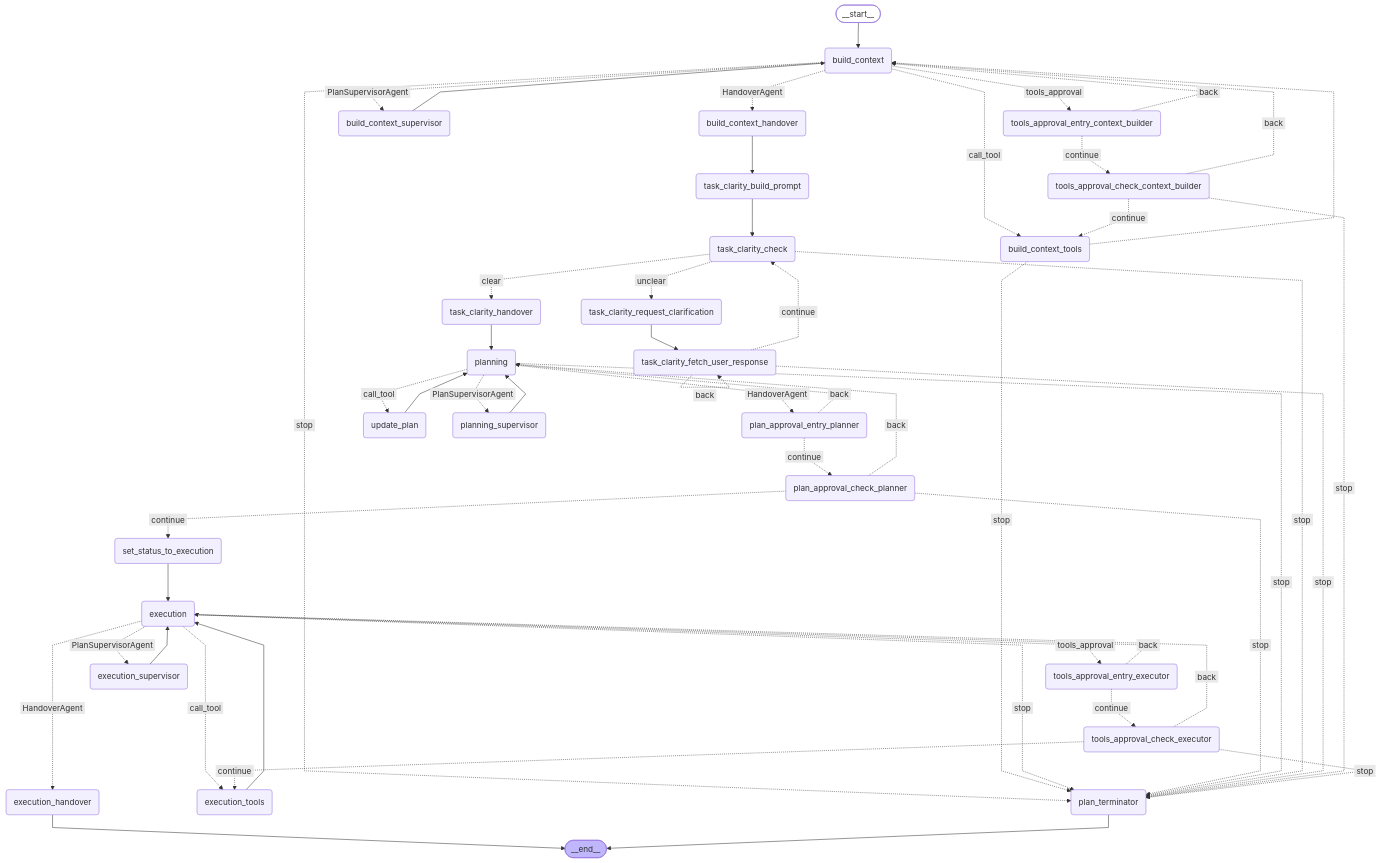
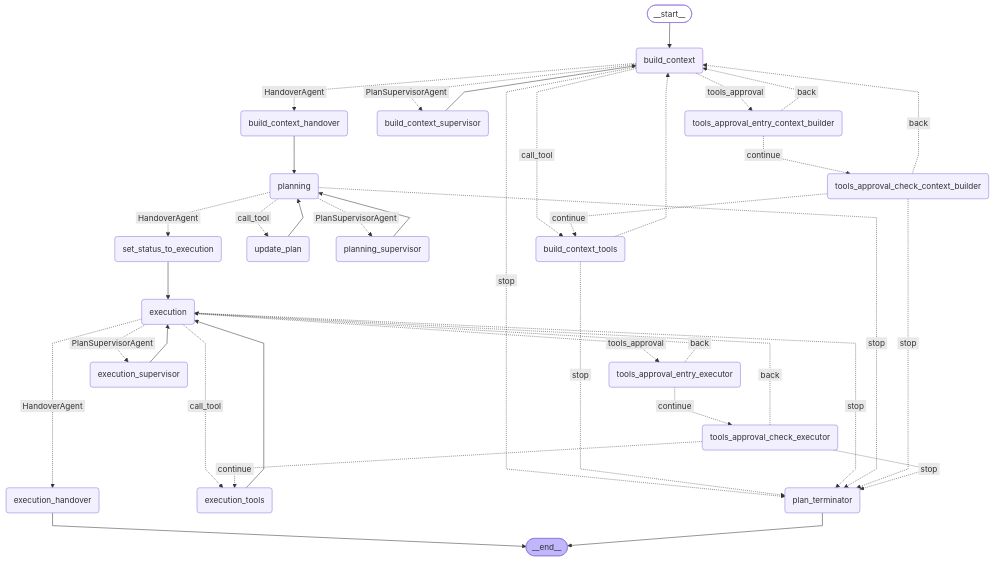
The first of 5 diagrams in docs/duo_workflow_service_graphs.md (movax01h/ai-gateway), drawn with Mermaid before and after one commit. The commit also changed 12 other files, not shown here.

```diff
--- a/docs/duo_workflow_service_graphs.md
+++ b/docs/duo_workflow_service_graphs.md
@@ -20,13 +20,6 @@
     build_context_supervisor(build_context_supervisor)
     tools_approval_entry_context_builder(tools_approval_entry_context_builder)
     tools_approval_check_context_builder(tools_approval_check_context_builder)
-    task_clarity_build_prompt(task_clarity_build_prompt)
-    task_clarity_check(task_clarity_check)
-    task_clarity_request_clarification(task_clarity_request_clarification)
-    task_clarity_fetch_user_response(task_clarity_fetch_user_response)
-    task_clarity_handover(task_clarity_handover)
-    plan_approval_entry_planner(plan_approval_entry_planner)
-    plan_approval_check_planner(plan_approval_check_planner)
     planning(planning)
     update_plan(update_plan)
     planning_supervisor(planning_supervisor)
@@ -45,7 +38,7 @@
     build_context -. &nbsp;call_tool&nbsp; .-> build_context_tools;
     build_context -. &nbsp;stop&nbsp; .-> plan_terminator;
     build_context -. &nbsp;tools_approval&nbsp; .-> tools_approval_entry_context_builder;
-    build_context_handover --> task_clarity_build_prompt;
+    build_context_handover --> planning;
     build_context_supervisor --> build_context;
     build_context_tools -.-> build_context;
     build_context_tools -. &nbsp;stop&nbsp; .-> plan_terminator;
@@ -56,25 +49,12 @@
     execution -. &nbsp;tools_approval&nbsp; .-> tools_approval_entry_executor;
     execution_supervisor --> execution;
     execution_tools --> execution;
-    plan_approval_check_planner -. &nbsp;stop&nbsp; .-> plan_terminator;
-    plan_approval_check_planner -. &nbsp;back&nbsp; .-> planning;
-    plan_approval_check_planner -. &nbsp;continue&nbsp; .-> set_status_to_execution;
-    plan_approval_entry_planner -. &nbsp;continue&nbsp; .-> plan_approval_check_planner;
-    plan_approval_entry_planner -. &nbsp;back&nbsp; .-> planning;
-    planning -. &nbsp;HandoverAgent&nbsp; .-> plan_approval_entry_planner;
     planning -. &nbsp;stop&nbsp; .-> plan_terminator;
     planning -. &nbsp;PlanSupervisorAgent&nbsp; .-> planning_supervisor;
+    planning -. &nbsp;HandoverAgent&nbsp; .-> set_status_to_execution;
     planning -. &nbsp;call_tool&nbsp; .-> update_plan;
     planning_supervisor --> planning;
     set_status_to_execution --> execution;
-    task_clarity_build_prompt --> task_clarity_check;
-    task_clarity_check -. &nbsp;stop&nbsp; .-> plan_terminator;
-    task_clarity_check -. &nbsp;clear&nbsp; .-> task_clarity_handover;
-    task_clarity_check -. &nbsp;unclear&nbsp; .-> task_clarity_request_clarification;
-    task_clarity_fetch_user_response -. &nbsp;stop&nbsp; .-> plan_terminator;
-    task_clarity_fetch_user_response -. &nbsp;continue&nbsp; .-> task_clarity_check;
-    task_clarity_handover --> planning;
-    task_clarity_request_clarification --> task_clarity_fetch_user_response;
     tools_approval_check_context_builder -. &nbsp;back&nbsp; .-> build_context;
     tools_approval_check_context_builder -. &nbsp;continue&nbsp; .-> build_context_tools;
     tools_approval_check_context_builder -. &nbsp;stop&nbsp; .-> plan_terminator;
@@ -88,7 +68,6 @@
     update_plan --> planning;
     execution_handover --> __end__;
     plan_terminator --> __end__;
-    task_clarity_fetch_user_response -. &nbsp;back&nbsp; .-> task_clarity_fetch_user_response;
     classDef default fill:#f2f0ff,line-height:1.2
     classDef first fill-opacity:0
     classDef last fill:#bfb6fc
```
